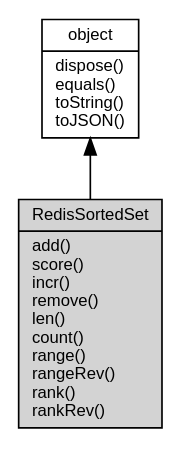
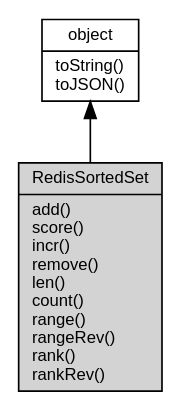
Before and after one commit to asionius/fibjs-ceph: the diagram in docs/object/ifs/RedisSortedSet.md, drawn with Graphviz. The commit also changed other lines of this file and 138 other files, not shown here.

````diff
--- a/docs/object/ifs/RedisSortedSet.md
+++ b/docs/object/ifs/RedisSortedSet.md
@@ -13,10 +13,10 @@
 ```dot
 digraph {
     node [fontname="Helvetica,sans-Serif", fontsize=10, shape="record", style="filled", fillcolor="white"];
 
-    object [tooltip="object", URL="object.md", label="{object|dispose()\lequals()\ltoString()\ltoJSON()\l}"];
-    RedisSortedSet [tooltip="RedisSortedSet", fillcolor="lightgray", label="{RedisSortedSet|add()\lscore()\lincr()\lremove()\llen()\lcount()\lrange()\lrangeRev()\lrank()\lrankRev()\l}"];
+    object [tooltip="object", URL="object.md", label="{object|toString()\ltoJSON()\l}"];
+    RedisSortedSet [tooltip="RedisSortedSet", fillcolor="lightgray", id="me", label="{RedisSortedSet|add()\lscore()\lincr()\lremove()\llen()\lcount()\lrange()\lrangeRev()\lrank()\lrankRev()\l}"];
 
     object -> RedisSortedSet [dir=back];
 }
 ```
````
